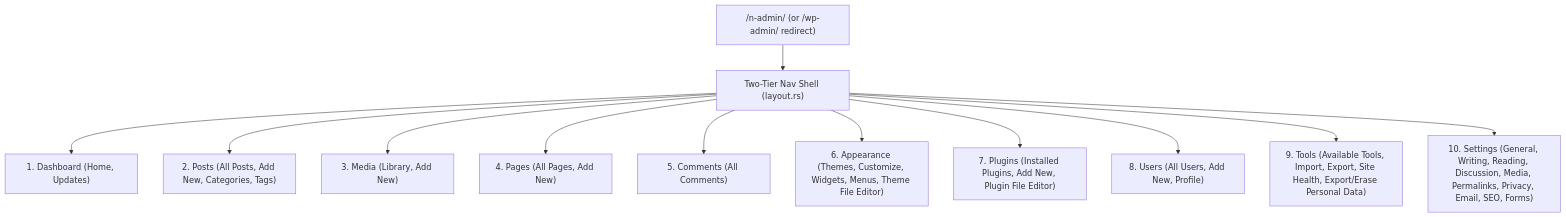
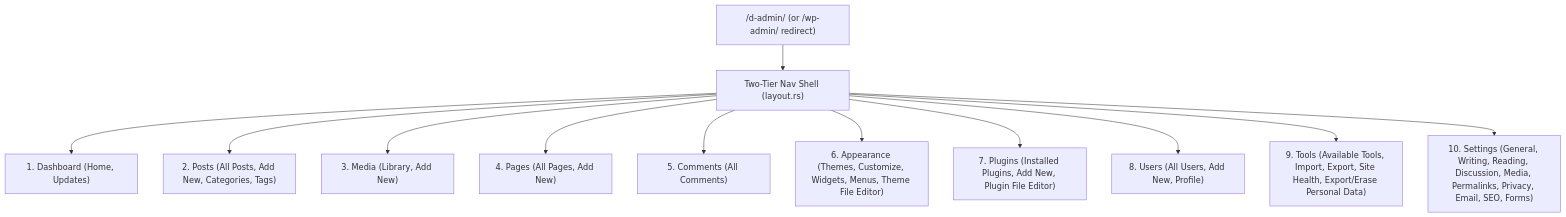
Before and after one commit to Trooper-lab/Daypress: the ninth of 10 diagrams in ARCHITECTURE.md, drawn with Mermaid. The commit also changed other lines of this file and 704 other files, not shown here.

````diff
--- a/ARCHITECTURE.md
+++ b/ARCHITECTURE.md
@@ -630,15 +630,15 @@
 ```mermaid
 flowchart TD
-    AdminRoot["/n-admin/ (or /wp-admin/ redirect)"] --> Shell["Two-Tier Nav Shell (layout.rs)"]
+    AdminRoot["/d-admin/ (or /wp-admin/ redirect)"] --> Shell["Two-Tier Nav Shell (layout.rs)"]
     
     Shell --> M1["1. Dashboard (Home, Updates)"]
     Shell --> M2["2. Posts (All Posts, Add New, Categories, Tags)"]
     Shell --> M3["3. Media (Library, Add New)"]
     Shell --> M4["4. Pages (All Pages, Add New)"]
     Shell --> M5["5. Comments (All Comments)"]
     Shell --> M6["6. Appearance (Themes, Customize, Widgets, Menus, Theme File Editor)"]
     Shell --> M7["7. Plugins (Installed Plugins, Add New, Plugin File Editor)"]
     Shell --> M8["8. Users (All Users, Add New, Profile)"]
     Shell --> M9["9. Tools (Available Tools, Import, Export, Site Health, Export/Erase Personal Data)"]
     Shell --> M10["10. Settings (General, Writing, Reading, Discussion, Media, Permalinks, Privacy, Email, SEO, Forms)"]
 ```
````
